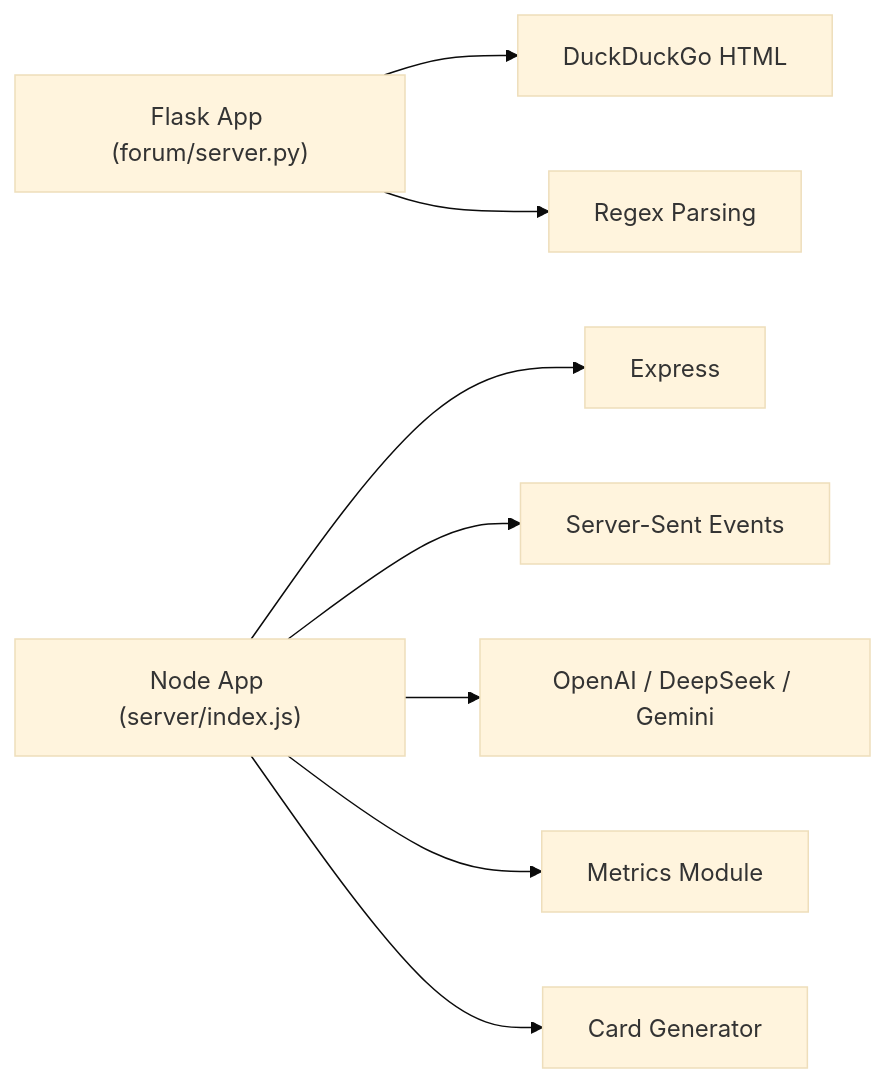
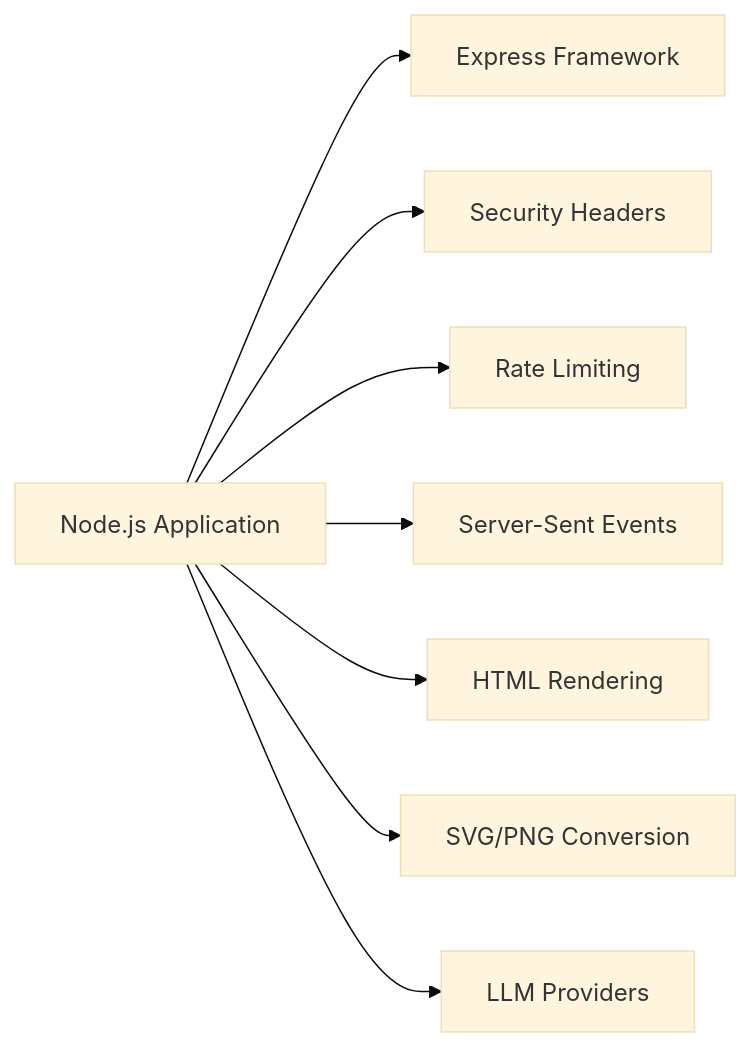
The fifth of 5 diagrams in .qoder/repowiki/en/content/Research & Discussion Platform/Research & Discussion Platform.md (RunTimeAdmin/tri-ai), drawn with Mermaid (base theme) before and after one commit. The commit also changed other lines of this file and 21 other files, not shown here.

````diff
--- a/.qoder/repowiki/en/content/Research & Discussion Platform/Research & Discussion Platform.md
+++ b/.qoder/repowiki/en/content/Research & Discussion Platform/Research & Discussion Platform.md
@@ -268,10 +231,10 @@
 ```mermaid
 graph LR
-Flask["Flask App (forum/server.py)"] --> DDG["DuckDuckGo HTML"]
-Flask --> Regex["Regex Parsing"]
-Node["Node App (server/index.js)"] --> Express["Express"]
+Node["Node.js Application"] --> Express["Express Framework"]
+Node --> Helmet["Security Headers"]
+Node --> RateLimit["Rate Limiting"]
 Node --> SSE["Server-Sent Events"]
-Node --> Providers["OpenAI / DeepSeek / Gemini"]
-Node --> Metrics["Metrics Module"]
-Node --> Card["Card Generator"]
+Node --> Satori["HTML Rendering"]
+Node --> Resvg["SVG/PNG Conversion"]
+Node --> Providers["LLM Providers"]
 ```
````
